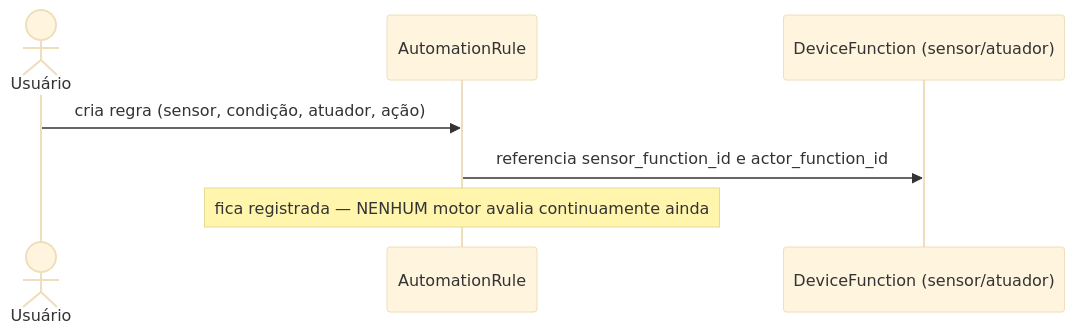
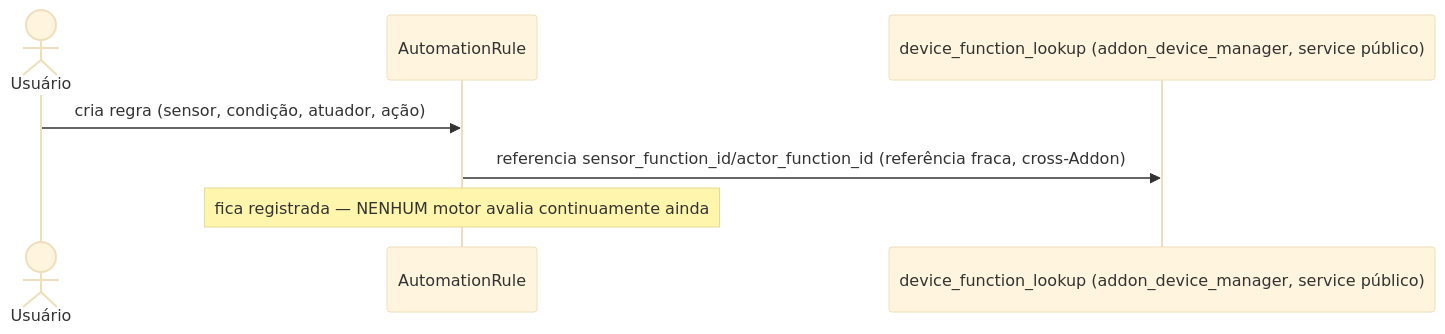
One commit to ChristopherNicolasSMM/Tesseract changed the second of 4 diagrams in addons/addon_brewstation/features/feature_mash_control/docs/technical/03-fluxos.md. Above: the diagram before and after it, drawn with Mermaid (base theme). The commit also changed other lines of this file and 35 other files, not shown here.

````diff
--- a/addons/addon_brewstation/features/feature_mash_control/docs/technical/03-fluxos.md
+++ b/addons/addon_brewstation/features/feature_mash_control/docs/technical/03-fluxos.md
@@ -17,10 +17,10 @@
 ```mermaid
 sequenceDiagram
     actor U as Usuário
     participant Rule as AutomationRule
-    participant DF as DeviceFunction (sensor/atuador)
+    participant Lookup as device_function_lookup (addon_device_manager, service público)
 
     U->>Rule: cria regra (sensor, condição, atuador, ação)
-    Rule->>DF: referencia sensor_function_id e actor_function_id
+    Rule->>Lookup: referencia sensor_function_id/actor_function_id (referência fraca, cross-Addon)
     Note over Rule: fica registrada — NENHUM motor avalia continuamente ainda
 ```
````
